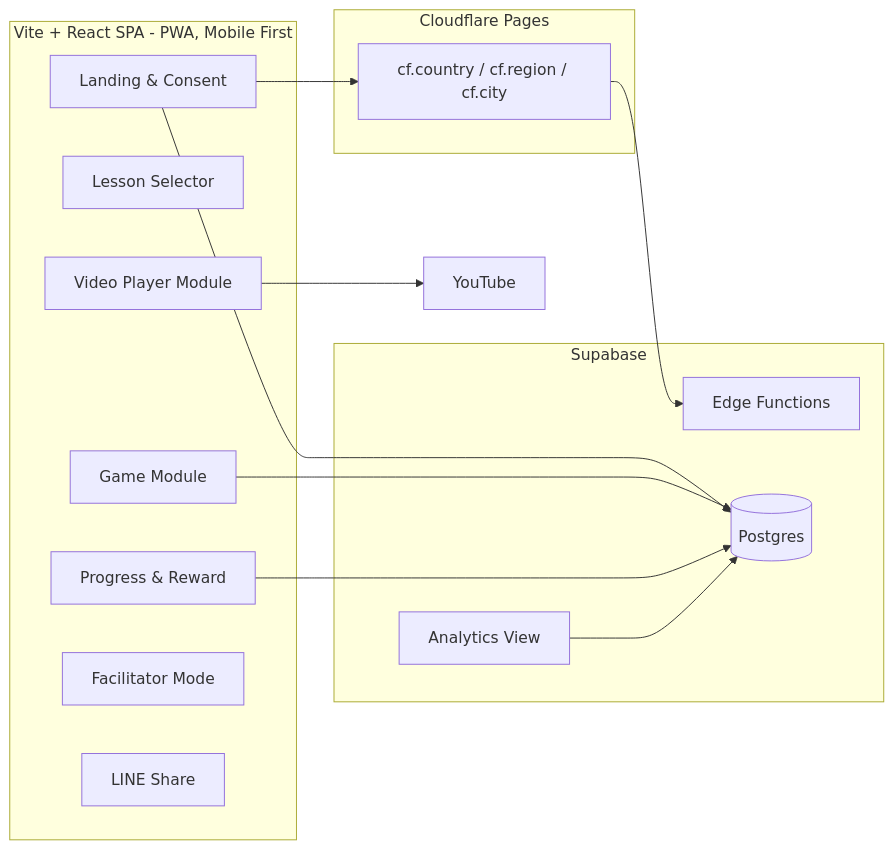
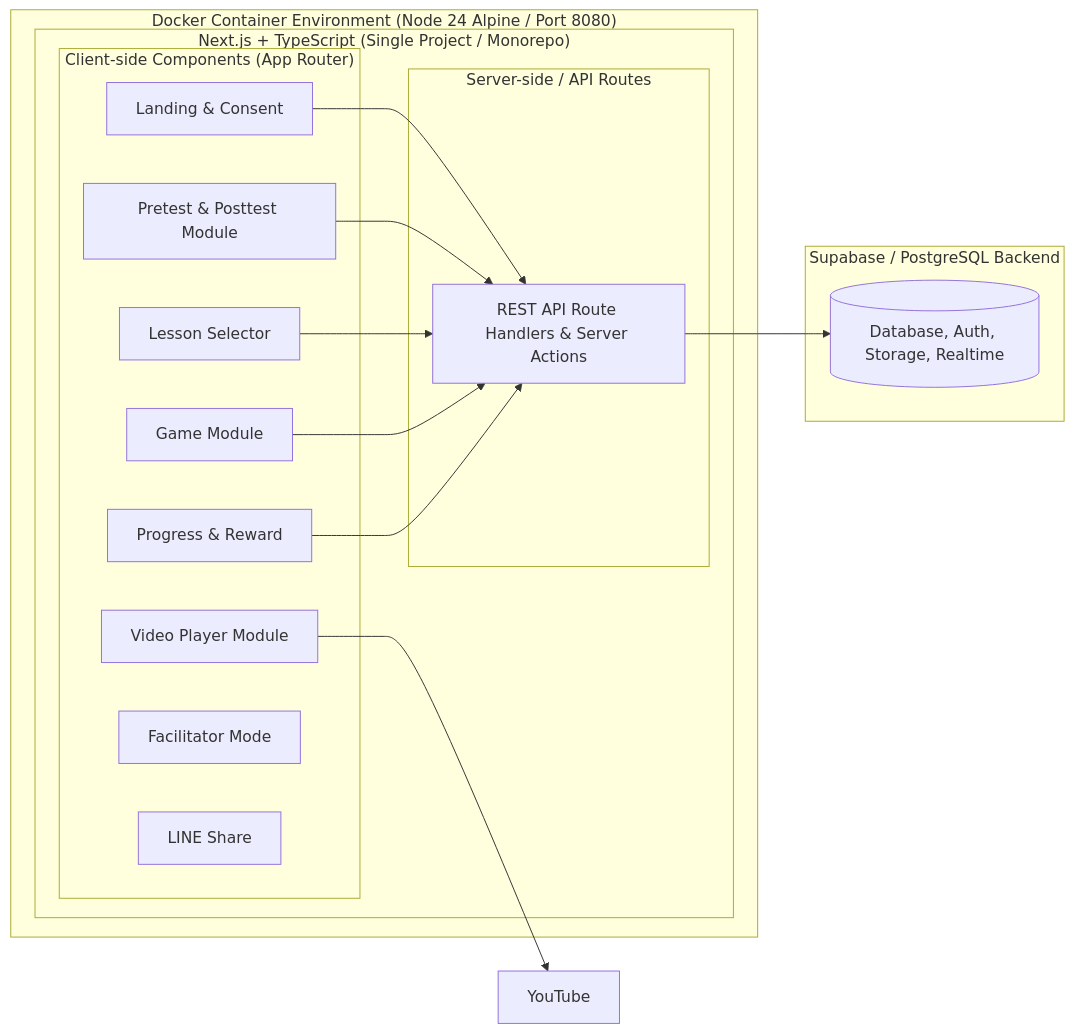
One commit to ChayutChanmueang/media-literacy-preview changed the diagram in docs/software/01-system-design.md. Above: the diagram before and after it, drawn with Mermaid. The commit also changed other lines of this file and 616 other files, not shown here.

````diff
--- a/docs/software/01-system-design.md
+++ b/docs/software/01-system-design.md
@@ -8,28 +8,32 @@
 ```mermaid
 flowchart LR
-    subgraph Client [Vite + React SPA - PWA, Mobile First]
-        LP[Landing & Consent]
-        LS[Lesson Selector]
-        VP[Video Player Module]
-        GM[Game Module]
-        PR[Progress & Reward]
-        FM[Facilitator Mode]
-        SH[LINE Share]
+    subgraph Container ["Docker Container Environment (Node 24 Alpine / Port 8080)"]
+        subgraph NextJS ["Next.js + TypeScript (Single Project / Monorepo)"]
+            subgraph Client ["Client-side Components (App Router)"]
+                LP["Landing & Consent"]
+                PT["Pretest & Posttest Module"]
+                LS["Lesson Selector"]
+                VP["Video Player Module"]
+                GM["Game Module"]
+                PR["Progress & Reward"]
+                FM["Facilitator Mode"]
+                SH["LINE Share"]
+            end
+            subgraph Server ["Server-side / API Routes"]
+                API["REST API Route Handlers & Server Actions"]
+            end
+        end
     end
-    subgraph Edge [Cloudflare Pages]
-        CF[cf.country / cf.region / cf.city]
+    subgraph Database ["Supabase / PostgreSQL Backend"]
+        DB[("Database, Auth, Storage, Realtime")]
     end
-    subgraph Backend [Supabase]
-        EF[Edge Functions]
-        DB[(Postgres)]
-        AN[Analytics View]
-    end
-    YT[YouTube]
-    LP --> CF
-    CF --> EF
-    LP --> DB
+    YT["YouTube"]
+
+    LP --> API
+    PT --> API
+    LS --> API
     VP --> YT
-    GM --> DB
-    PR --> DB
-    AN --> DB
+    GM --> API
+    PR --> API
+    API --> DB
 ```
````
